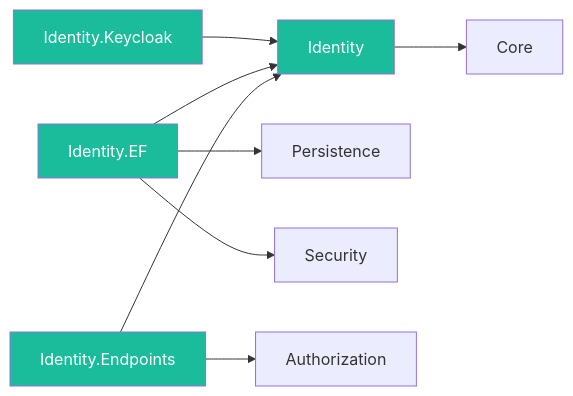
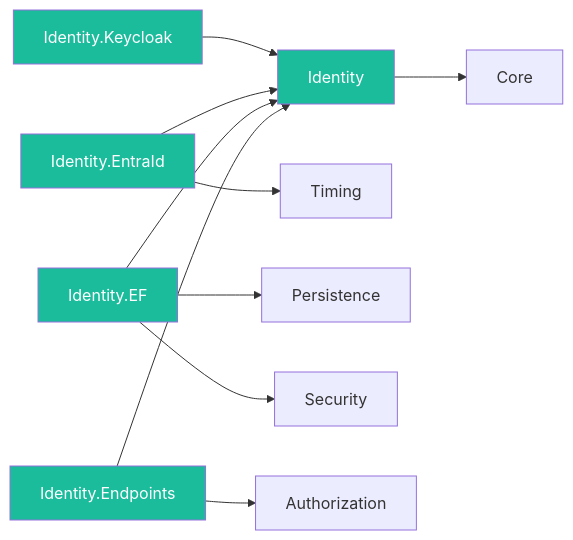
One commit to enraiz/granit-dotnet changed the eighth of 8 diagrams in docs/framework/dependencies.md. Above: the diagram before and after it, drawn with Mermaid. The commit also changed other lines of this file, not shown here.

First line of the commit message:
docs: update dependency graph for 111 packages (was 92)

````diff
--- a/docs/framework/dependencies.md
+++ b/docs/framework/dependencies.md
@@ -340,18 +376,22 @@
 ```mermaid
 flowchart LR
     IDENT["Identity"] --> CORE["Core"]
 
     IDENT_KC["Identity.Keycloak"] --> IDENT
+
+    IDENT_ENTRA["Identity.EntraId"] --> IDENT
+    IDENT_ENTRA --> TIMING["Timing"]
 
     IDENT_EF["Identity.EF"] --> IDENT
     IDENT_EF --> PERS["Persistence"]
     IDENT_EF --> SEC["Security"]
 
     IDENT_EP["Identity.Endpoints"] --> IDENT
     IDENT_EP --> AUTHZ["Authorization"]
 
     style IDENT fill:#1abc9c,color:#fff
     style IDENT_KC fill:#1abc9c,color:#fff
+    style IDENT_ENTRA fill:#1abc9c,color:#fff
     style IDENT_EF fill:#1abc9c,color:#fff
     style IDENT_EP fill:#1abc9c,color:#fff
 ```
````
